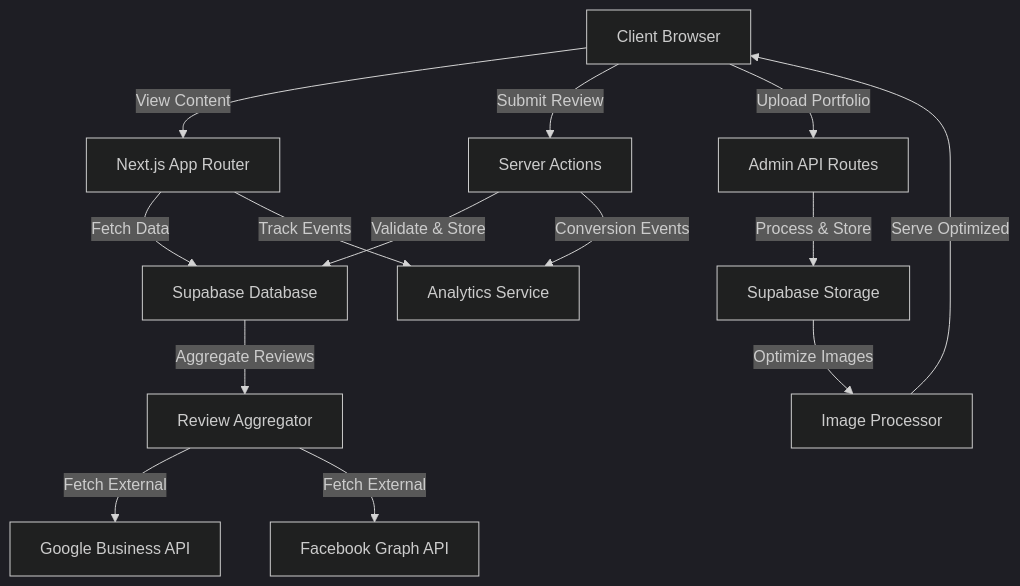
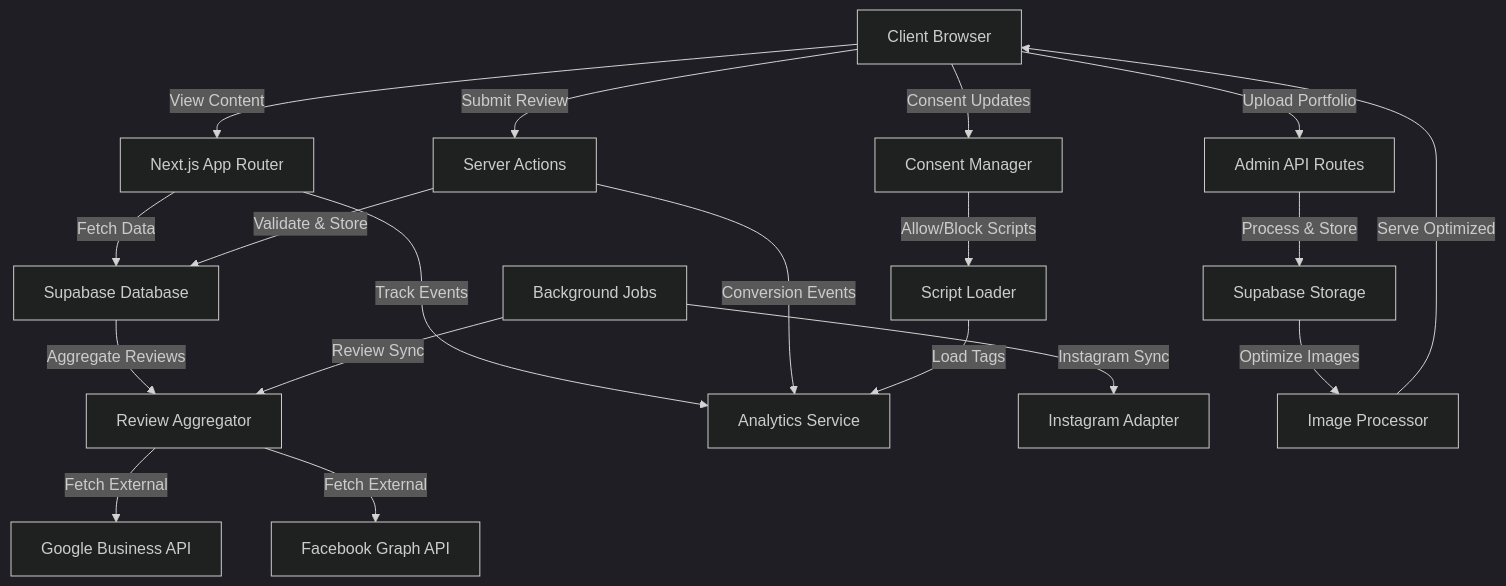
One commit to TrevorPLam/hair-salon changed the diagram in .kiro/specs/marketing-first-enhancements/design.md. Above: the diagram before and after it, drawn with Mermaid (dark theme). The commit also changed other lines of this file and 7 other files, not shown here.

````diff
--- a/.kiro/specs/marketing-first-enhancements/design.md
+++ b/.kiro/specs/marketing-first-enhancements/design.md
@@ -59,20 +81,26 @@
 ```mermaid
 graph TD
     A[Client Browser] -->|View Content| B[Next.js App Router]
+    A -->|Consent Updates| L[Consent Manager]
+    L -->|Allow/Block Scripts| M[Script Loader]
     A -->|Submit Review| C[Server Actions]
     A -->|Upload Portfolio| D[Admin API Routes]
 
     B -->|Fetch Data| E[Supabase Database]
     C -->|Validate & Store| E
     D -->|Process & Store| F[Supabase Storage]
 
     E -->|Aggregate Reviews| G[Review Aggregator]
     G -->|Fetch External| H[Google Business API]
     G -->|Fetch External| I[Facebook Graph API]
 
     B -->|Track Events| J[Analytics Service]
     C -->|Conversion Events| J
+    M -->|Load Tags| J
+
+    N[Background Jobs] -->|Review Sync| G
+    N -->|Instagram Sync| P[Instagram Adapter]
 
     F -->|Optimize Images| K[Image Processor]
     K -->|Serve Optimized| A
 ```
````
